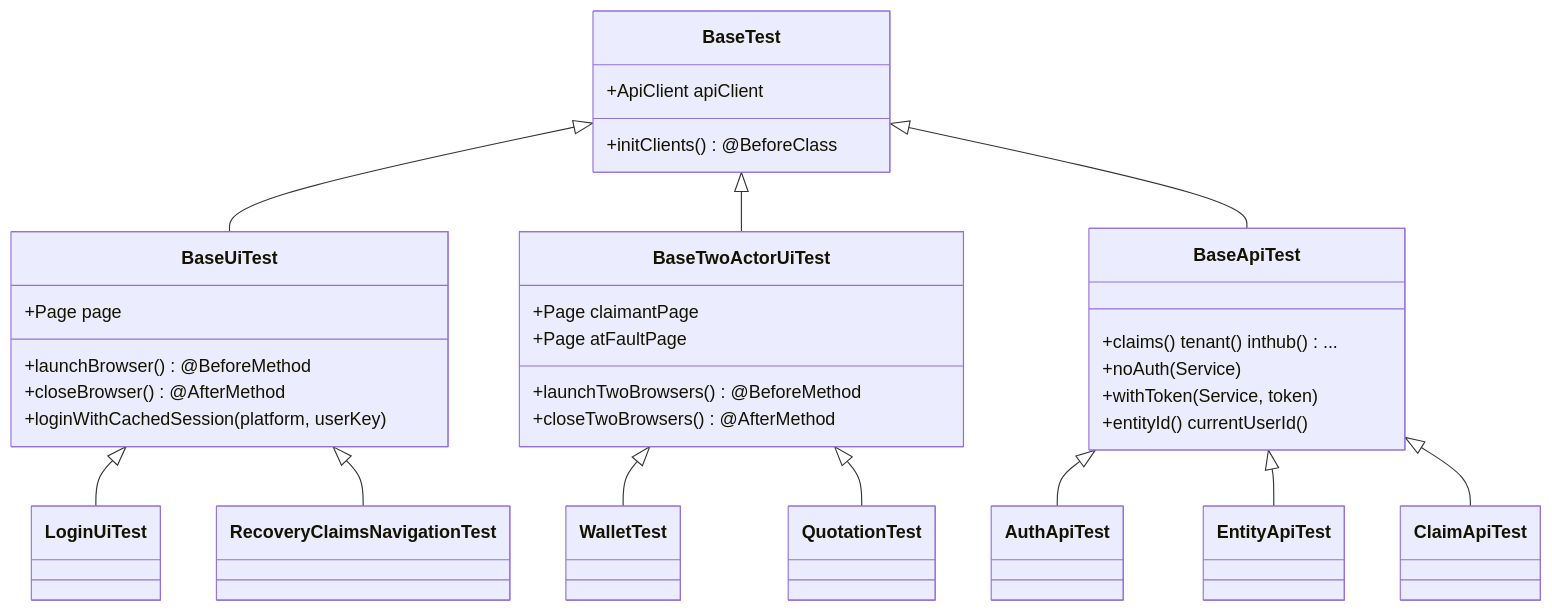
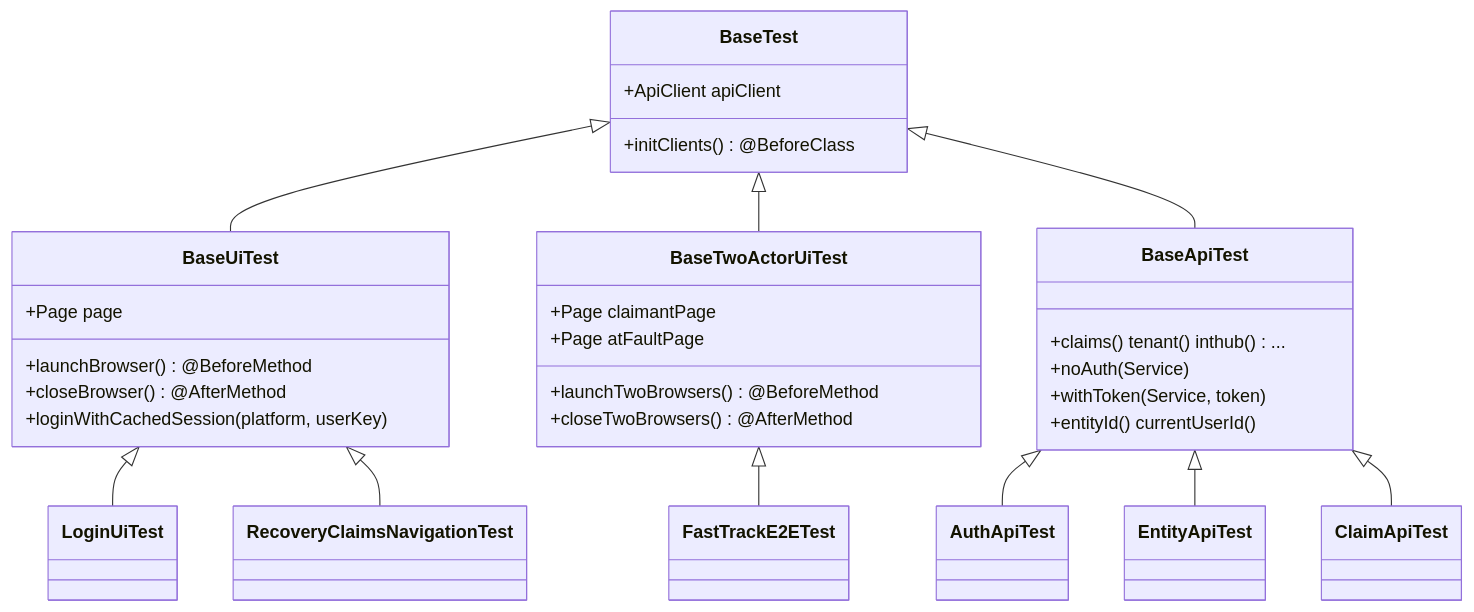
Before and after one commit to praikar19/Mosadad_QA: the second of 6 diagrams in FRAMEWORK.md, drawn with Mermaid. The commit also changed other lines of this file and 126 other files, not shown here.

Commit message:
fast track flow added

````diff
--- a/FRAMEWORK.md
+++ b/FRAMEWORK.md
@@ -320,35 +318,34 @@
 ```mermaid
 classDiagram
     class BaseTest {
         +ApiClient apiClient
         +initClients() @BeforeClass
     }
     class BaseUiTest {
         +Page page
         +launchBrowser() @BeforeMethod
         +closeBrowser() @AfterMethod
         +loginWithCachedSession(platform, userKey)
     }
     class BaseTwoActorUiTest {
         +Page claimantPage
         +Page atFaultPage
         +launchTwoBrowsers() @BeforeMethod
         +closeTwoBrowsers() @AfterMethod
     }
     class BaseApiTest {
         +claims() tenant() inthub() ...
         +noAuth(Service)
         +withToken(Service, token)
         +entityId() currentUserId()
     }
     BaseTest <|-- BaseUiTest
     BaseTest <|-- BaseTwoActorUiTest
     BaseTest <|-- BaseApiTest
     BaseUiTest <|-- LoginUiTest
     BaseUiTest <|-- RecoveryClaimsNavigationTest
-    BaseTwoActorUiTest <|-- WalletTest
-    BaseTwoActorUiTest <|-- QuotationTest
+    BaseTwoActorUiTest <|-- FastTrackE2ETest
     BaseApiTest <|-- AuthApiTest
     BaseApiTest <|-- EntityApiTest
     BaseApiTest <|-- ClaimApiTest
 ```
````
